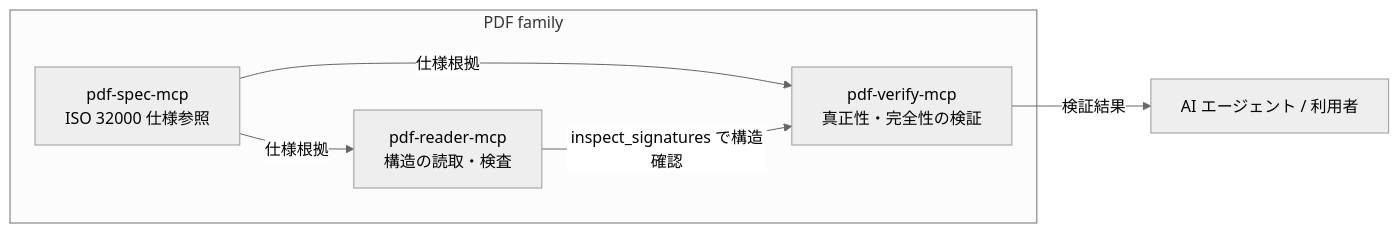
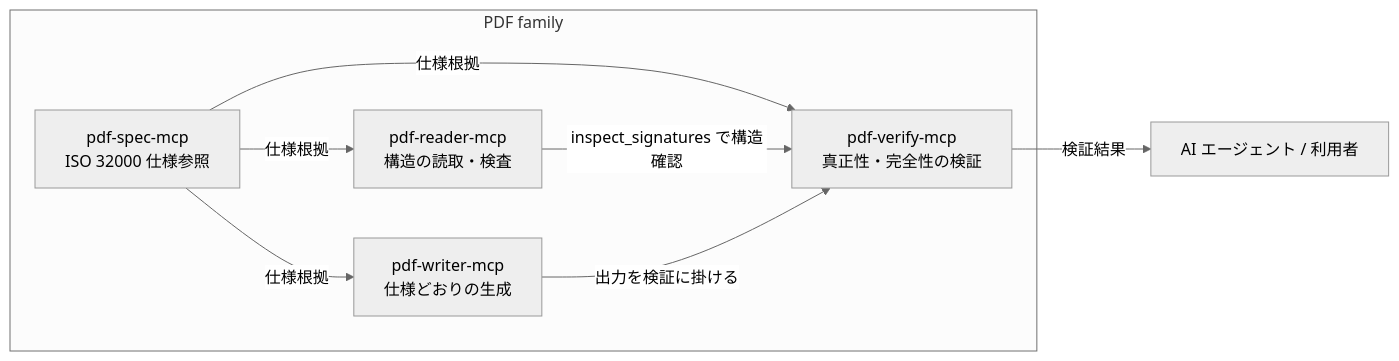
One commit to shuji-bonji/pdf-verify-mcp changed the first of 2 diagrams in docs/PROJECT_PLAN.md. Above: the diagram before and after it, drawn with Mermaid (neutral theme). The commit also changed other lines of this file and 1 other file, not shown here.

````diff
--- a/docs/PROJECT_PLAN.md
+++ b/docs/PROJECT_PLAN.md
@@ -14,12 +19,15 @@
 ```mermaid
 flowchart LR
     subgraph PDF family
         SPEC[pdf-spec-mcp<br>ISO 32000 仕様参照]
         READER[pdf-reader-mcp<br>構造の読取・検査]
         VERIFY[pdf-verify-mcp<br>真正性・完全性の検証]
+        WRITER[pdf-writer-mcp<br>仕様どおりの生成]
     end
     SPEC -->|仕様根拠| READER
     SPEC -->|仕様根拠| VERIFY
+    SPEC -->|仕様根拠| WRITER
     READER -->|inspect_signatures で構造確認| VERIFY
+    WRITER -->|出力を検証に掛ける| VERIFY
     VERIFY -->|検証結果| USER[AI エージェント / 利用者]
 ```
````
